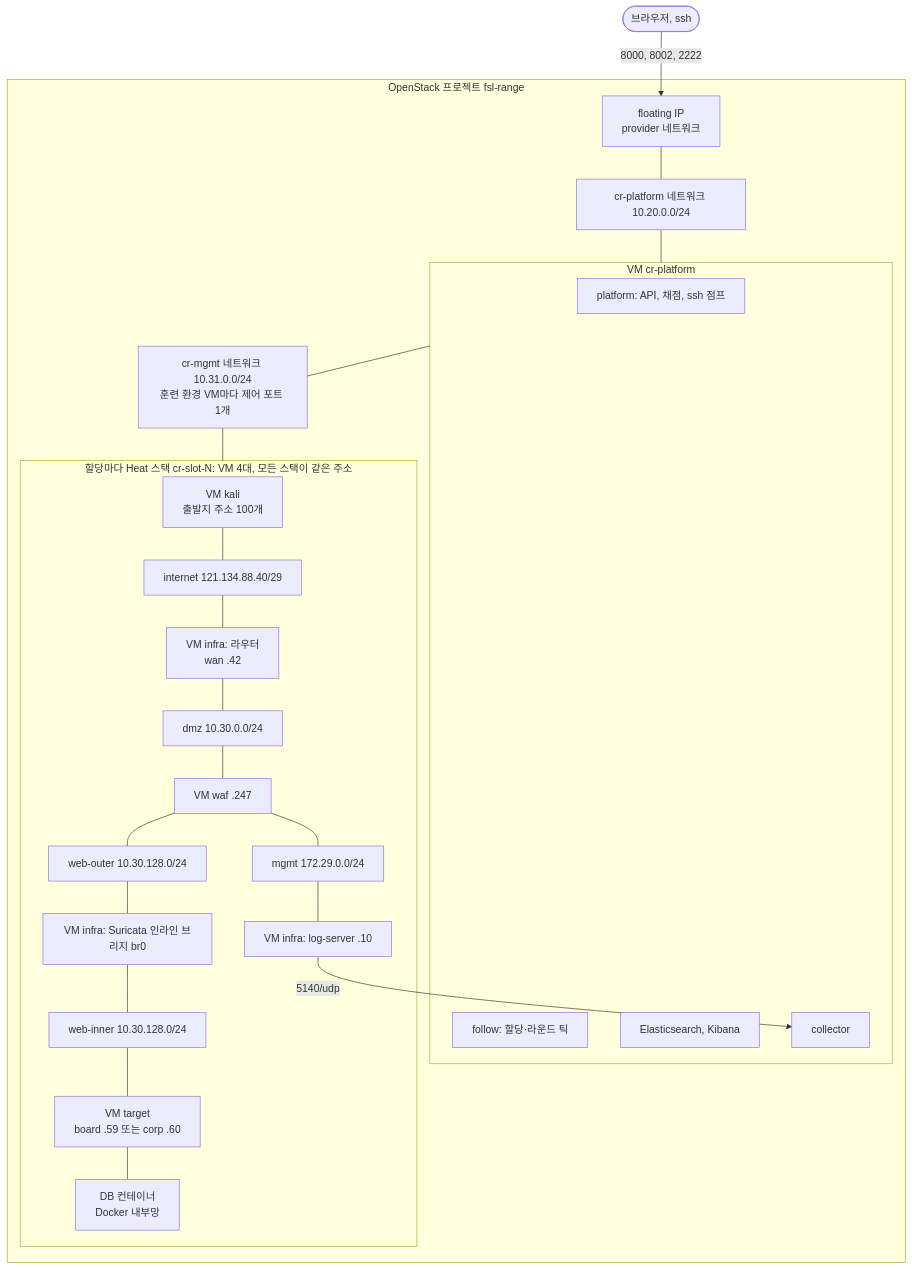
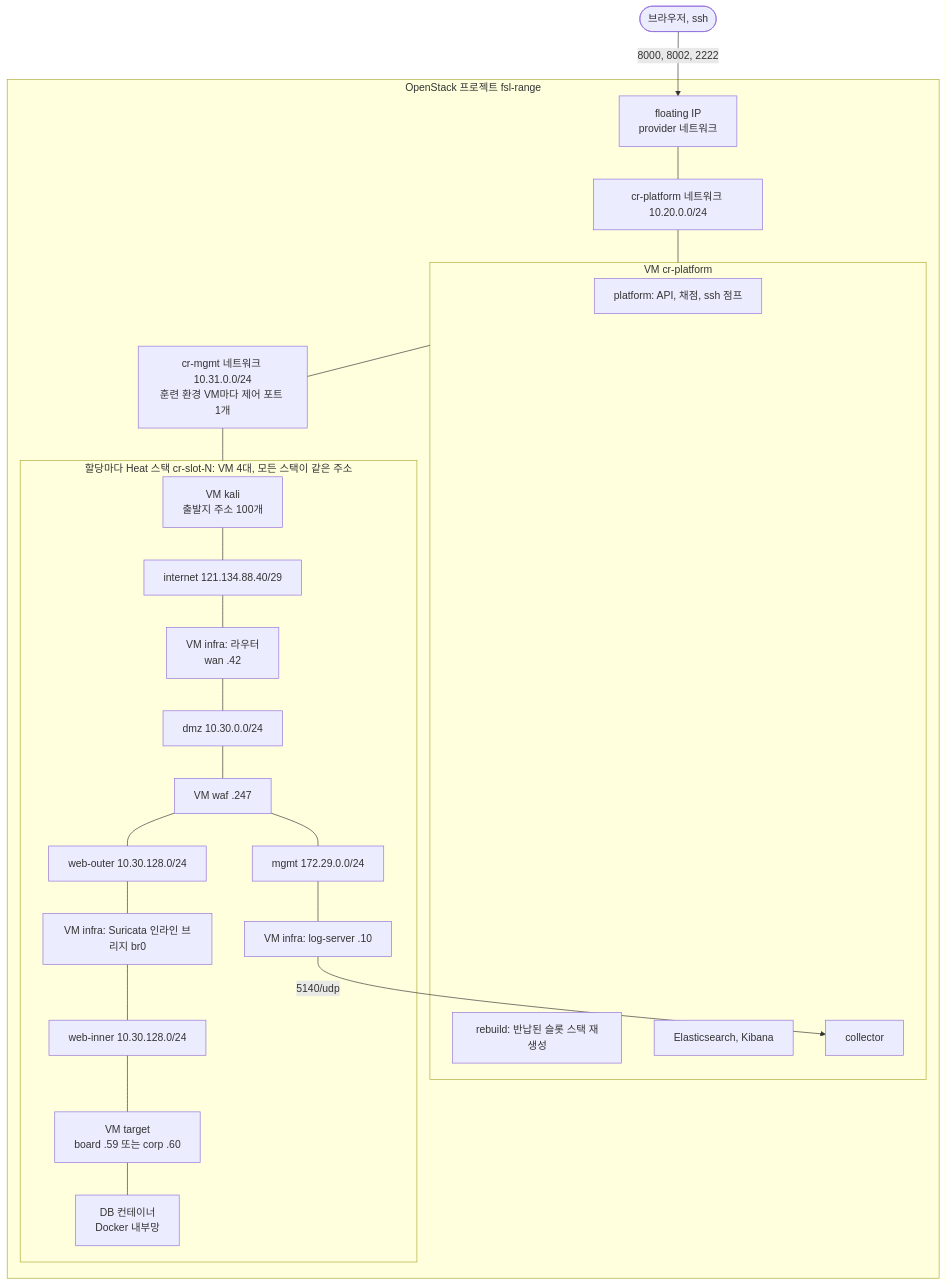
Before and after one commit to Nekonic/fsl-project-mvp: the diagram in README.md, drawn with Mermaid. The commit also changed other lines of this file and 34 other files, not shown here.

````diff
--- a/README.md
+++ b/README.md
@@ -126,30 +127,30 @@
 ```mermaid
 flowchart TB
   user(["브라우저, ssh"]) -->|"8000, 8002, 2222"| fip["floating IP<br/>provider 네트워크"]
   subgraph os["OpenStack 프로젝트 fsl-range"]
     fip --- pnet["cr-platform 네트워크 10.20.0.0/24"]
     pnet --- pvm
     subgraph pvm["VM cr-platform"]
       platform["platform: API, 채점, ssh 점프"]
-      follow["follow: 할당·라운드 틱"]
+      rebuild["rebuild: 반납된 슬롯 스택 재생성"]
       elk["Elasticsearch, Kibana"]
       collector["collector"]
     end
     pvm --- mgmt["cr-mgmt 네트워크 10.31.0.0/24<br/>훈련 환경 VM마다 제어 포트 1개"]
     mgmt --- stack
     subgraph stack["할당마다 Heat 스택 cr-slot-N: VM 4대, 모든 스택이 같은 주소"]
       kali["VM kali<br/>출발지 주소 100개"] --- inet["internet 121.134.88.40/29"]
       inet --- edge["VM infra: 라우터<br/>wan .42"]
       edge --- dmz["dmz 10.30.0.0/24"]
       dmz --- waf["VM waf .247"]
       waf --- outer["web-outer 10.30.128.0/24"]
       outer --- ids["VM infra: Suricata 인라인 브리지 br0"]
       ids --- inner["web-inner 10.30.128.0/24"]
       inner --- target["VM target<br/>board .59 또는 corp .60"]
       target --- db["DB 컨테이너<br/>Docker 내부망"]
       waf --- smgmt["mgmt 172.29.0.0/24"]
       smgmt --- logsrv["VM infra: log-server .10"]
     end
     logsrv -->|"5140/udp"| collector
   end
 ```
````
